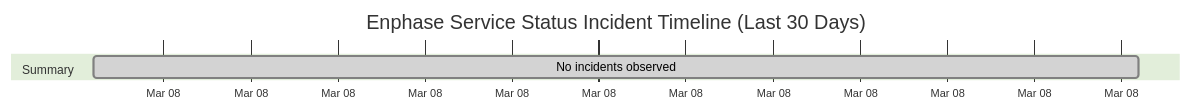
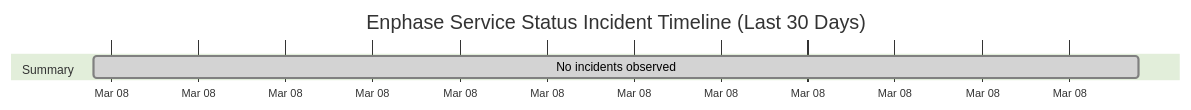
The diagram in wiki/Service-Status-History.md (barneyonline/ha-enphase-ev-charger), drawn with Mermaid (forest theme) before and after one commit. The commit also changed other lines of this file and 3 other files, not shown here.

````diff
--- a/wiki/Service-Status-History.md
+++ b/wiki/Service-Status-History.md
@@ -14,8 +14,8 @@
 ```mermaid
 gantt
     title Enphase Service Status Incident Timeline (Last 30 Days)
     dateFormat  YYYY-MM-DDTHH:mm:ss
     axisFormat  %b %d
     section Summary
-    No incidents observed :done, 2026-03-08T10:16:31, 1m
+    No incidents observed :done, 2026-03-08T11:13:39, 1m
 ```
````
